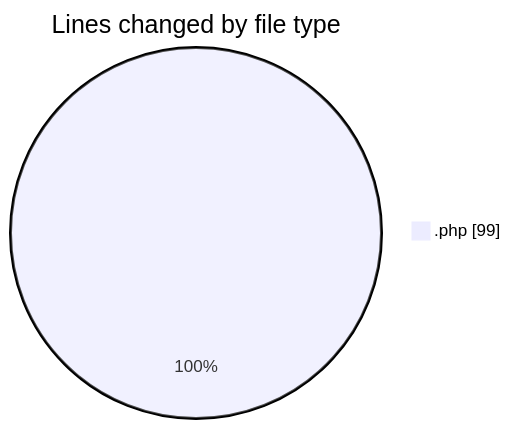
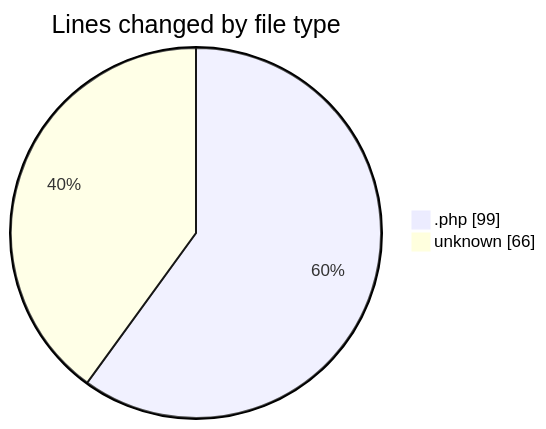
One commit to Ritupan-Deka/code-tracking changed the first of 2 diagrams in 2025-10-13/url-shortener/README.md. Above: the diagram before and after it, drawn with Mermaid. The commit also changed other lines of this file and 1 other file, not shown here.

````diff
--- a/2025-10-13/url-shortener/README.md
+++ b/2025-10-13/url-shortener/README.md
@@ -21,5 +22,6 @@
 ```mermaid
 pie showData
 title Lines changed by file type
 ".php" : 99
+"unknown" : 66
 ```
````
